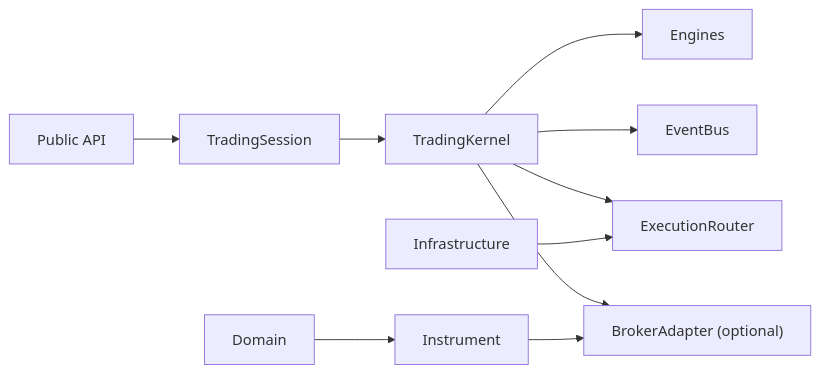
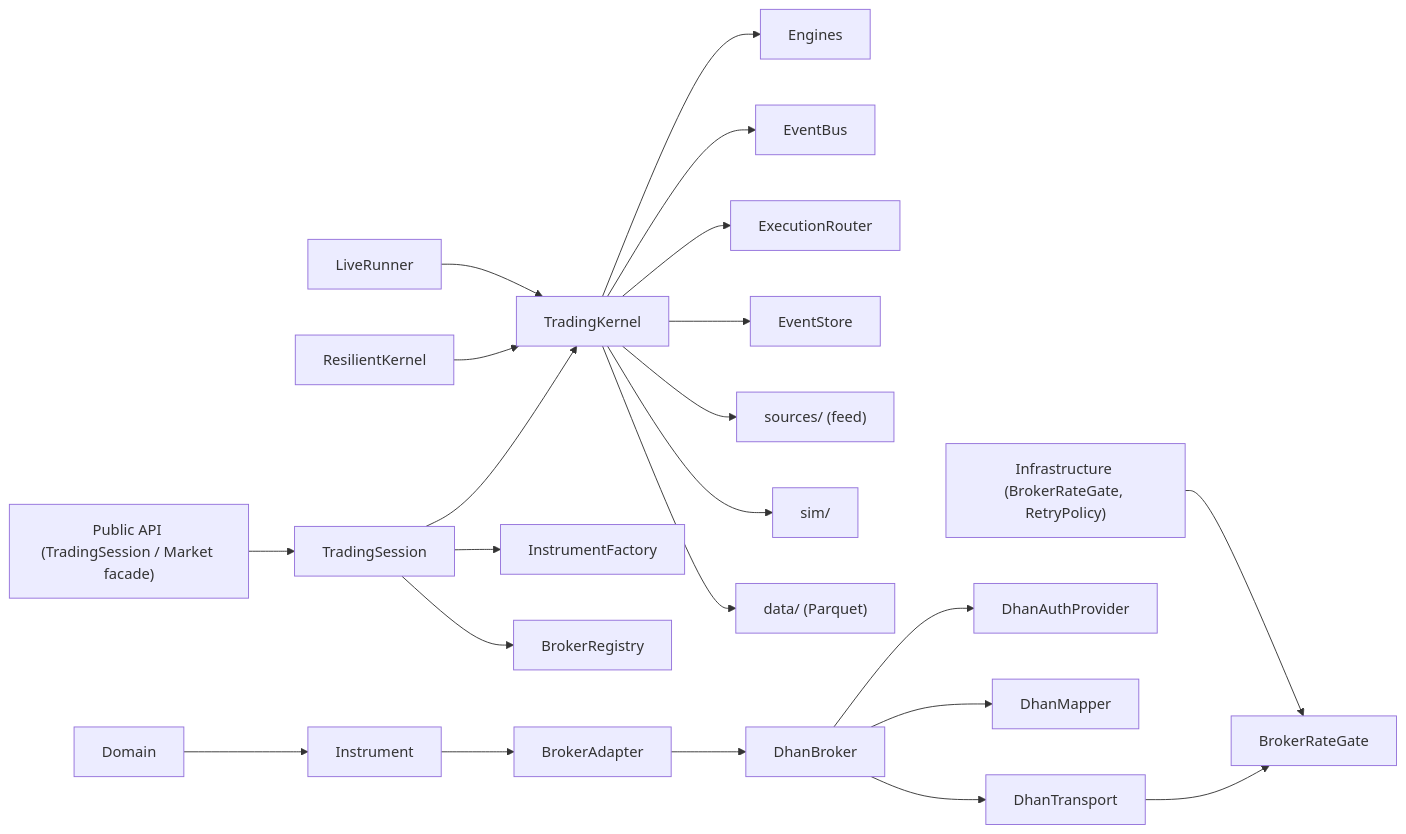
Before and after one commit to Ganesh-Kusundal/nTrade: the eighth of 8 diagrams in .qoder/repowiki/en/content/Architecture Overview/Layered Architecture Design.md, drawn with Mermaid. The commit also changed other lines of this file and 2201 other files, not shown here.

Commit message:
Integrate completeness: live runner hardening, broker adapter layers, rate-limiting infrastructure, data pipeline (parquet OHLCV + ingestion scripts), contract testing framework, options analytics, and updated architecture/knowledge docs

````diff
--- a/.qoder/repowiki/en/content/Architecture Overview/Layered Architecture Design.md
+++ b/.qoder/repowiki/en/content/Architecture Overview/Layered Architecture Design.md
@@ -397,12 +434,24 @@
 ```mermaid
 graph LR
-API["Public API"] --> SESSION["TradingSession"]
+API["Public API (TradingSession / Market facade)"] --> SESSION["TradingSession"]
 SESSION --> KERNEL["TradingKernel"]
+SESSION --> FACT["InstrumentFactory"]
+SESSION --> REG["BrokerRegistry"]
 KERNEL --> ENGINES["Engines"]
 KERNEL --> BUS["EventBus"]
 KERNEL --> ROUTER["ExecutionRouter"]
-KERNEL --> BROKER["BrokerAdapter (optional)"]
+KERNEL --> STORE["EventStore"]
+KERNEL --> SRC["sources/ (feed)"]
+KERNEL --> SIM["sim/"]
+KERNEL --> DATA["data/ (Parquet)"]
+RKERNEL["ResilientKernel"] --> KERNEL
+LRUN["LiveRunner"] --> KERNEL
 DOMAIN["Domain"] --> INSTRUMENT["Instrument"]
-INSTRUMENT --> BROKER
-INFRA["Infrastructure"] --> ROUTER
+INSTRUMENT --> BROKER["BrokerAdapter"]
+BROKER --> DHAN["DhanBroker"]
+DHAN --> DT["DhanTransport"]
+DHAN --> DA["DhanAuthProvider"]
+DHAN --> DM["DhanMapper"]
+DT --> GATE["BrokerRateGate"]
+INFRA["Infrastructure (BrokerRateGate, RetryPolicy)"] --> GATE
 ```
````
